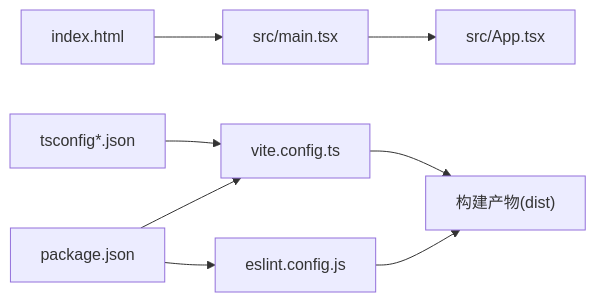
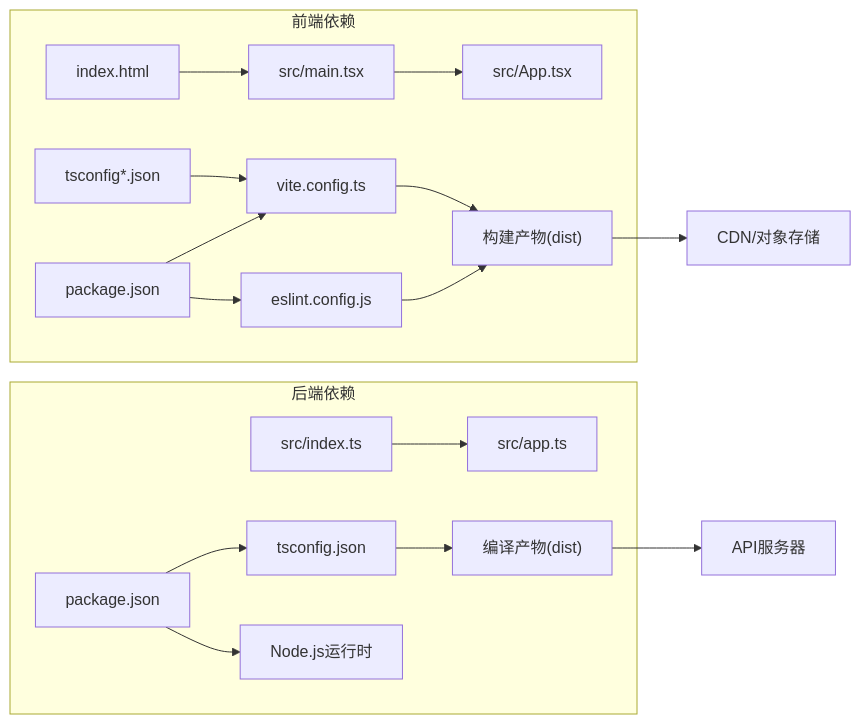
The third of 3 diagrams in .qoder/repowiki/zh/content/构建与部署.md (Maki3991/study-PactLedger), drawn with Mermaid before and after one commit. The commit also changed other lines of this file and 24 other files, not shown here.

````diff
--- a/.qoder/repowiki/zh/content/构建与部署.md
+++ b/.qoder/repowiki/zh/content/构建与部署.md
@@ -189,10 +228,20 @@
 ```mermaid
 graph LR
+subgraph "前端依赖"
 Main["src/main.tsx"] --> App["src/App.tsx"]
 Index["index.html"] --> Main
 ViteCfg["vite.config.ts"] --> Build["构建产物(dist)"]
 TSConf["tsconfig*.json"] --> ViteCfg
 ESLint["eslint.config.js"] --> Build
 Pkg["package.json"] --> ViteCfg
 Pkg --> ESLint
+end
+subgraph "后端依赖"
+ServerIndex["src/index.ts"] --> ServerApp["src/app.ts"]
+ServerTS["tsconfig.json"] --> ServerBuild["编译产物(dist)"]
+ServerPkg["package.json"] --> ServerTS
+ServerPkg --> ServerRuntime["Node.js运行时"]
+end
+Build --> CDN["CDN/对象存储"]
+ServerBuild --> APIServer["API服务器"]
 ```
````
